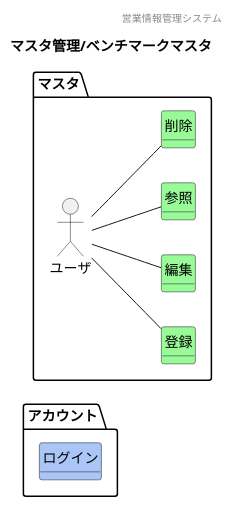
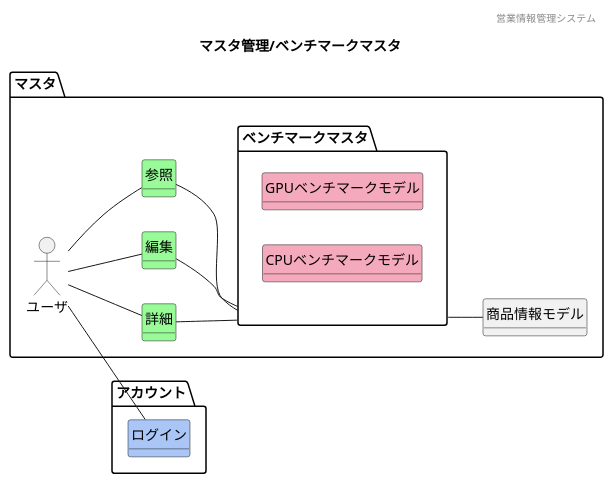
One commit to HaruShim/Sotuken changed the diagram in 各種設計書/1ドメインモデル図/マスタ管理/F05ベンチマークマスタ.plantuml. Above: the diagram before and after it, drawn with PlantUML. The commit also changed 13 other files, not shown here.

```diff
--- a/各種設計書/1ドメインモデル図/マスタ管理/F05ベンチマークマスタ.plantuml
+++ b/各種設計書/1ドメインモデル図/マスタ管理/F05ベンチマークマスタ.plantuml
@@ -1,39 +1,47 @@
 @startuml images/マスタ管理/ベンチマークマスタ
 ' ヘッダー
 header 営業情報管理システム
 ' タイトル
 title マスタ管理/ベンチマークマスタ
 ' 
 hide circle
 ' 
 hide method
 left to right direction
 
 package "アカウント"{
     class "ログイン" #A9C6F6
 }
 
 package "マスタ" {
     'ユーザや外部システム
     mix_actor "ユーザ"
-    class "登録" #98fb98
+    class "詳細" #98fb98
     class "編集" #98fb98
     class "参照" #98fb98
-    class "削除" #98fb98
+    package ベンチマークマスタ{
+        class "GPUベンチマークモデル" #F5A9BC 
+        class "CPUベンチマークモデル" #F5A9BC 
+    }
+    class "商品情報モデル"
     ' class "" #F5A9BC
     ' class "" #ffd700
 
     'モデル同士の関係
     ユーザ -- 参照
-    ユーザ -- 登録
     ユーザ -- 編集
-    ユーザ -- 削除
+    ユーザ -- 詳細
+    ユーザ -- ログイン
+    参照 -- ベンチマークマスタ
+    編集 -- ベンチマークマスタ
+    詳細 -- ベンチマークマスタ
+    ベンチマークマスタ -- 商品情報モデル
 
     'ドメインクラスの属性
 
 }
 
 
 
 
 @enduml
```
